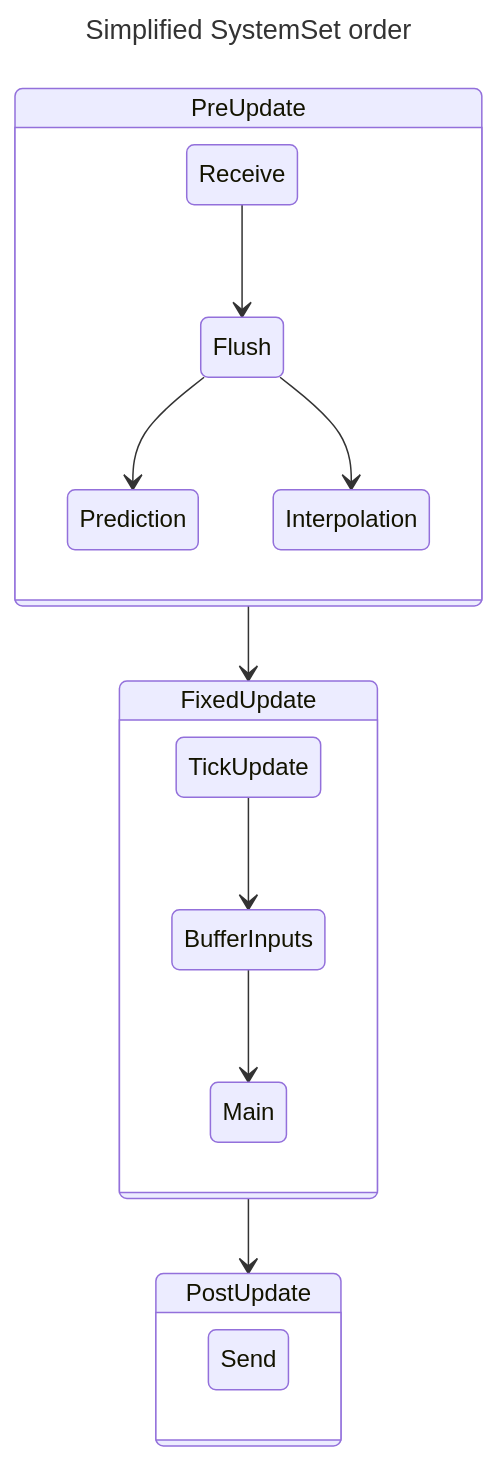
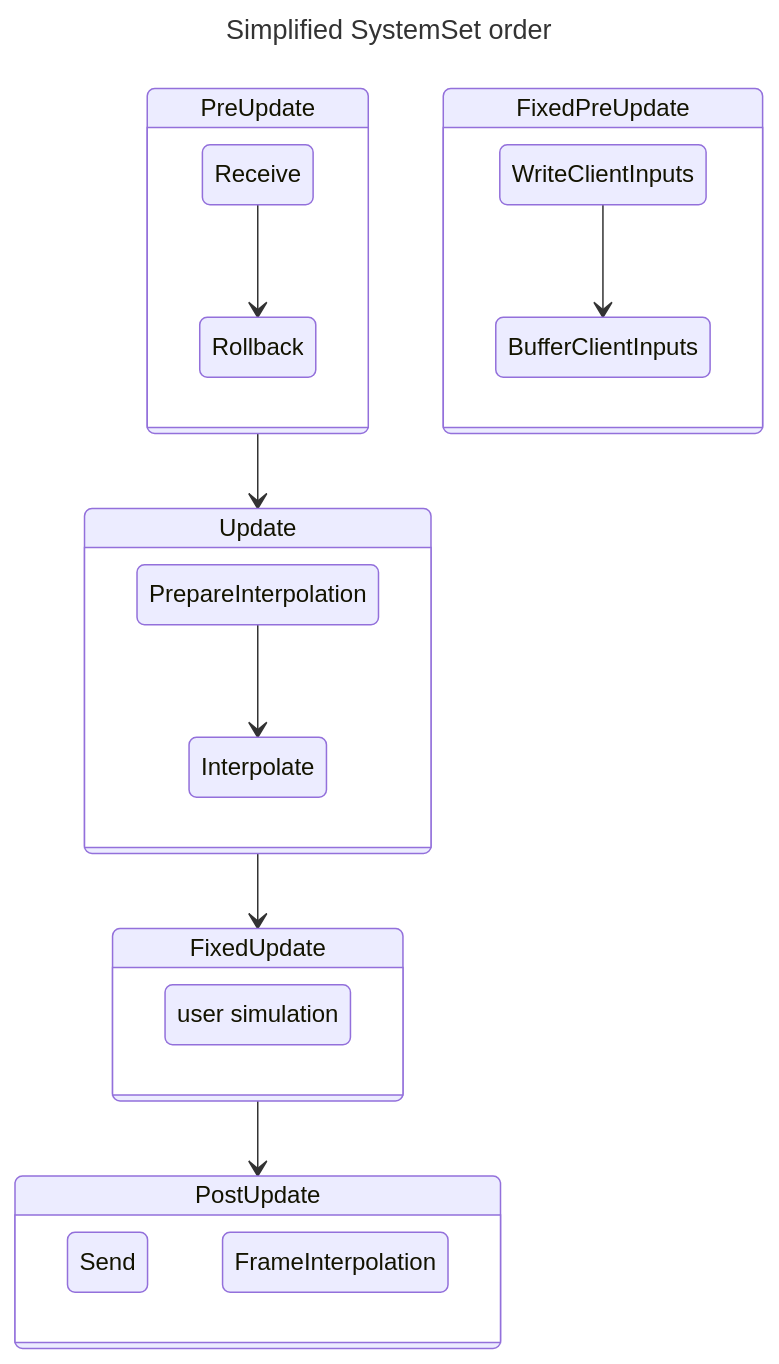
One commit to cBournhonesque/lightyear changed the first of 2 diagrams in book/src/concepts/bevy_integration/system_order.md. Above: the diagram before and after it, drawn with Mermaid. The commit also changed other lines of this file and 33 other files, not shown here.

````diff
--- a/book/src/concepts/bevy_integration/system_order.md
+++ b/book/src/concepts/bevy_integration/system_order.md
@@ -14,26 +14,26 @@
 ```mermaid
 ---
 title: Simplified SystemSet order
 ---
 stateDiagram-v2
 
-   classDef flush font-style:italic;
-   
-   ReceiveFlush: Flush
-
-   
-   PreUpdate --> FixedUpdate
-   FixedUpdate --> PostUpdate 
+   PreUpdate --> Update
+   Update --> FixedUpdate
+   FixedUpdate --> PostUpdate
    state PreUpdate {
-      Receive --> ReceiveFlush
-      ReceiveFlush --> Prediction
-      ReceiveFlush --> Interpolation
+      Receive --> Rollback
+   }
+   state Update {
+      PrepareInterpolation --> Interpolate
+   }
+   state FixedPreUpdate {
+      WriteClientInputs --> BufferClientInputs
    }
    state FixedUpdate {
-      TickUpdate --> BufferInputs
-      BufferInputs --> Main
+      Main: user simulation
    }
    state PostUpdate {
        Send
+       FrameInterpolation
    }
 ```
````
